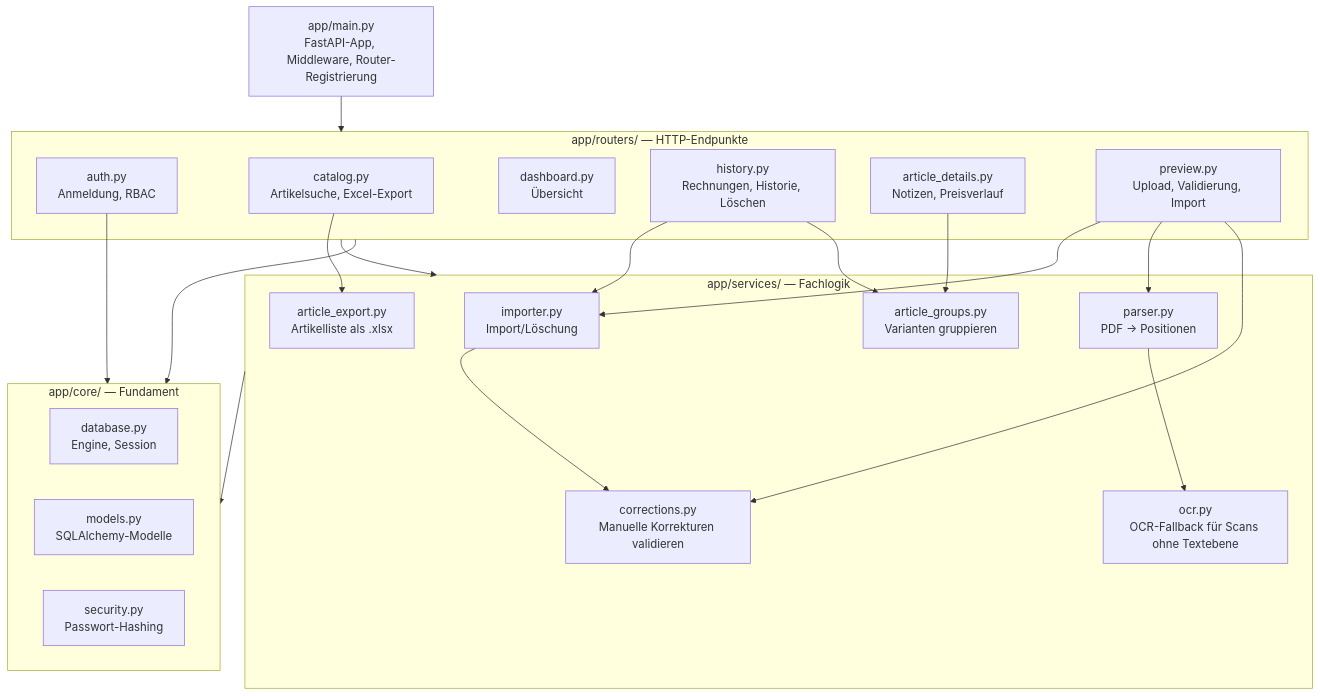
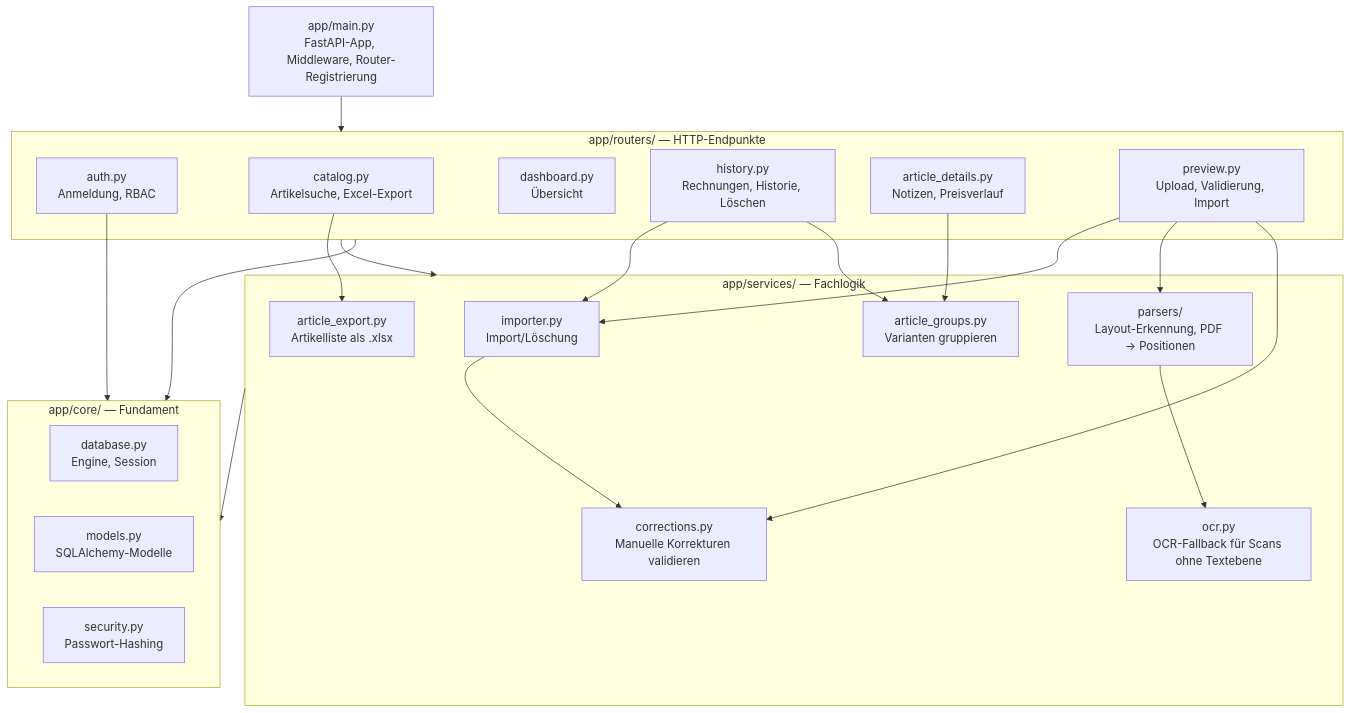
One commit to FreaXz03/sportfabrik-inventory changed the first of 2 diagrams in docs/architektur.md. Above: the diagram before and after it, drawn with Mermaid. The commit also changed other lines of this file and 6 other files, not shown here.

````diff
--- a/docs/architektur.md
+++ b/docs/architektur.md
@@ -8,40 +8,40 @@
 ```mermaid
 flowchart TB
     main["app/main.py<br/>FastAPI-App, Middleware, Router-Registrierung"]
     subgraph routers["app/routers/ — HTTP-Endpunkte"]
         auth["auth.py<br/>Anmeldung, RBAC"]
         catalog["catalog.py<br/>Artikelsuche, Excel-Export"]
         dashboard["dashboard.py<br/>Übersicht"]
         history["history.py<br/>Rechnungen, Historie, Löschen"]
         article_details["article_details.py<br/>Notizen, Preisverlauf"]
         preview["preview.py<br/>Upload, Validierung, Import"]
     end
     subgraph services["app/services/ — Fachlogik"]
         importer["importer.py<br/>Import/Löschung"]
-        parser["parser.py<br/>PDF → Positionen"]
+        parser["parsers/<br/>Layout-Erkennung, PDF → Positionen"]
         ocr["ocr.py<br/>OCR-Fallback für Scans ohne Textebene"]
         corrections["corrections.py<br/>Manuelle Korrekturen validieren"]
         article_groups["article_groups.py<br/>Varianten gruppieren"]
         article_export["article_export.py<br/>Artikelliste als .xlsx"]
     end
     subgraph core["app/core/ — Fundament"]
         database["database.py<br/>Engine, Session"]
         models["models.py<br/>SQLAlchemy-Modelle"]
         security["security.py<br/>Passwort-Hashing"]
     end
 
     main --> routers
     routers --> services
     routers --> core
     services --> core
     auth --> core
     preview --> importer
     preview --> parser
     preview --> corrections
     importer --> corrections
     parser --> ocr
     history --> importer
     history --> article_groups
     article_details --> article_groups
     catalog --> article_export
 ```
````
